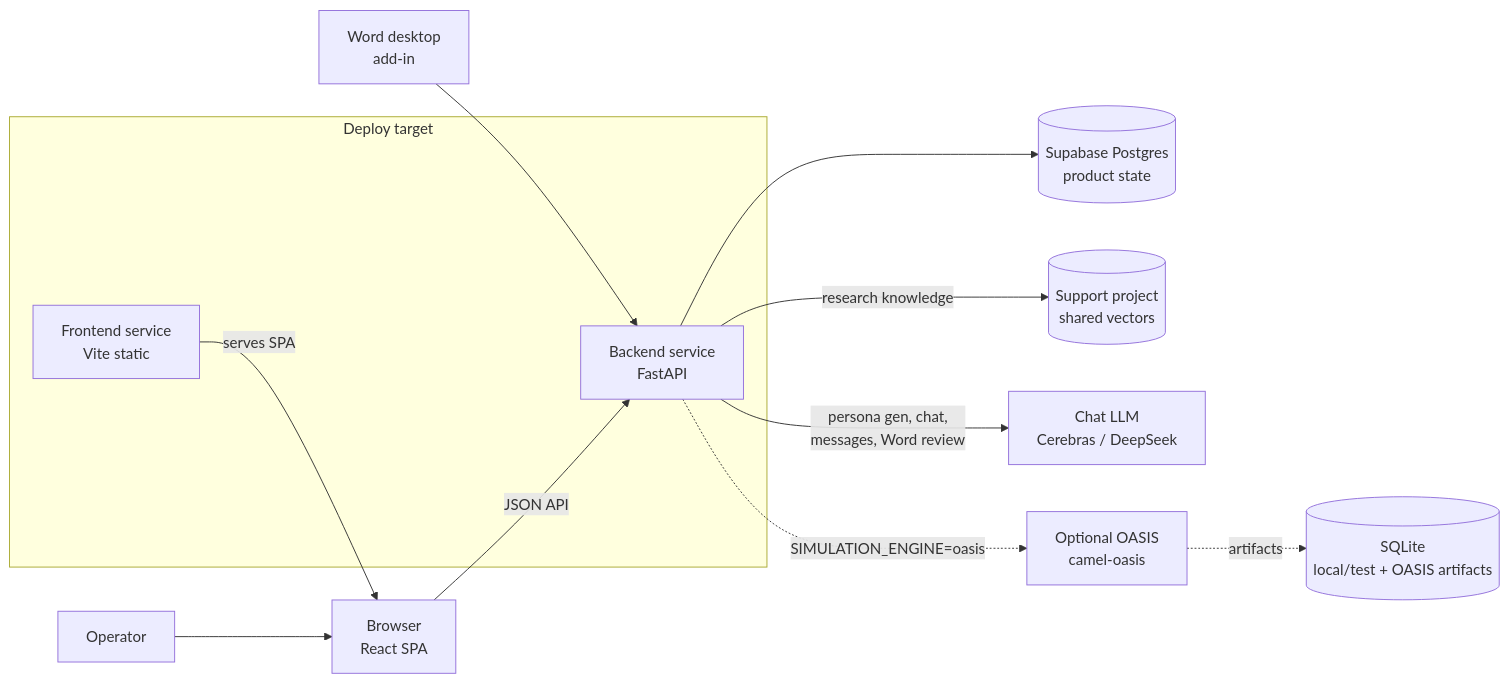
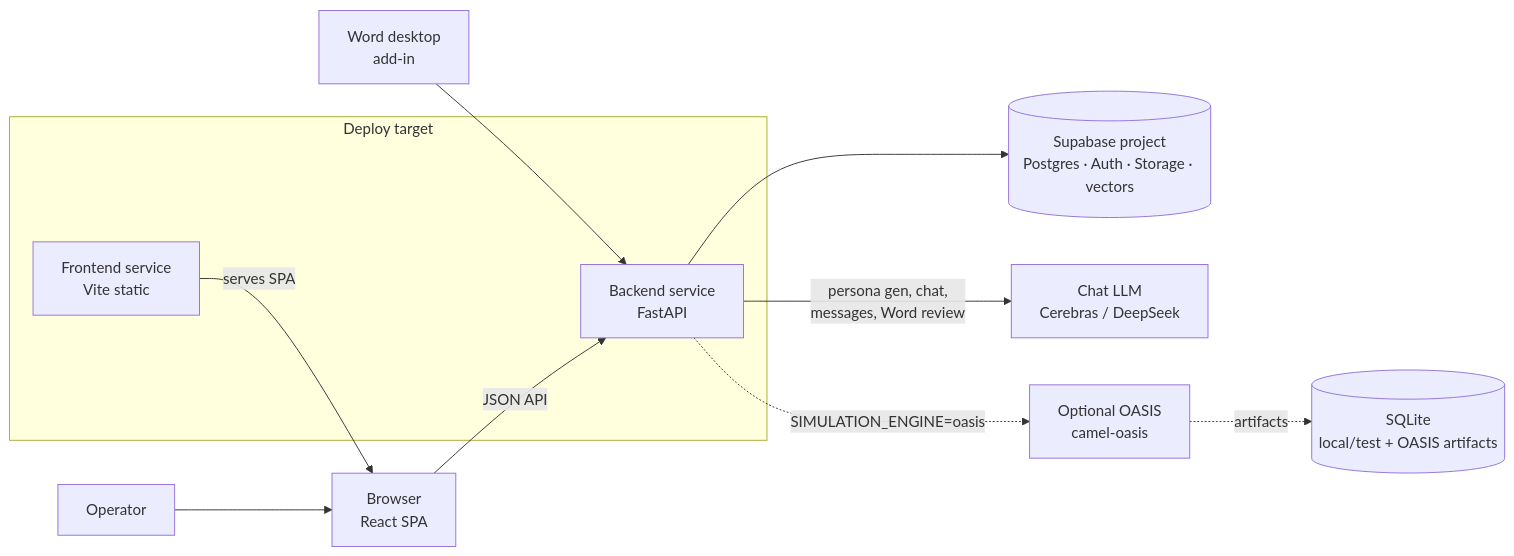
The diagram in docs/architecture.md (kajmund/socialism), drawn with Mermaid before and after one commit. The commit also changed other lines of this file and 23 other files, not shown here.

````diff
--- a/docs/architecture.md
+++ b/docs/architecture.md
@@ -11,24 +11,22 @@
 ```mermaid
 flowchart LR
     user[Operator] --> browser[Browser<br/>React SPA]
     word[Word desktop<br/>add-in] --> backend
 
     subgraph railway[Deploy target]
         frontend[Frontend service<br/>Vite static]
         backend[Backend service<br/>FastAPI]
     end
 
-    postgres[(Supabase Postgres<br/>product state)]
-    knowledge[(Support project<br/>shared vectors)]
+    supabase[(Supabase project<br/>Postgres · Auth · Storage · vectors)]
     sqlite[(SQLite<br/>local/test + OASIS artifacts)]
     chatllm[Chat LLM<br/>Cerebras / DeepSeek]
     oasis[Optional OASIS<br/>camel-oasis]
 
     frontend -->|serves SPA| browser
     browser -->|JSON API| backend
-    backend --> postgres
-    backend -->|research knowledge| knowledge
+    backend --> supabase
     backend -->|persona gen, chat,<br/>messages, Word review| chatllm
     backend -.->|SIMULATION_ENGINE=oasis| oasis
     oasis -.->|artifacts| sqlite
 ```
````
